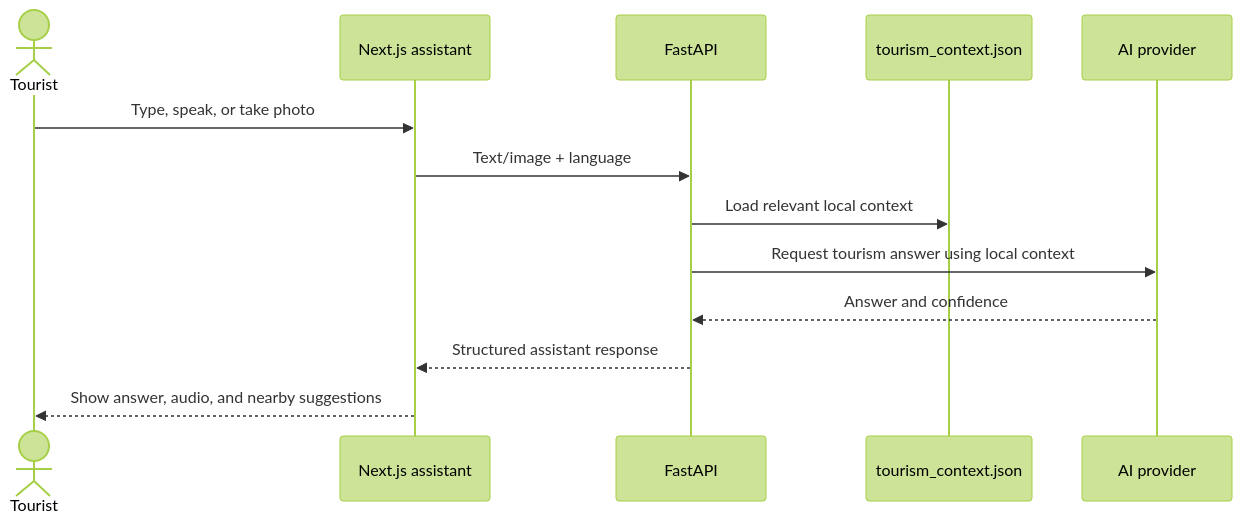
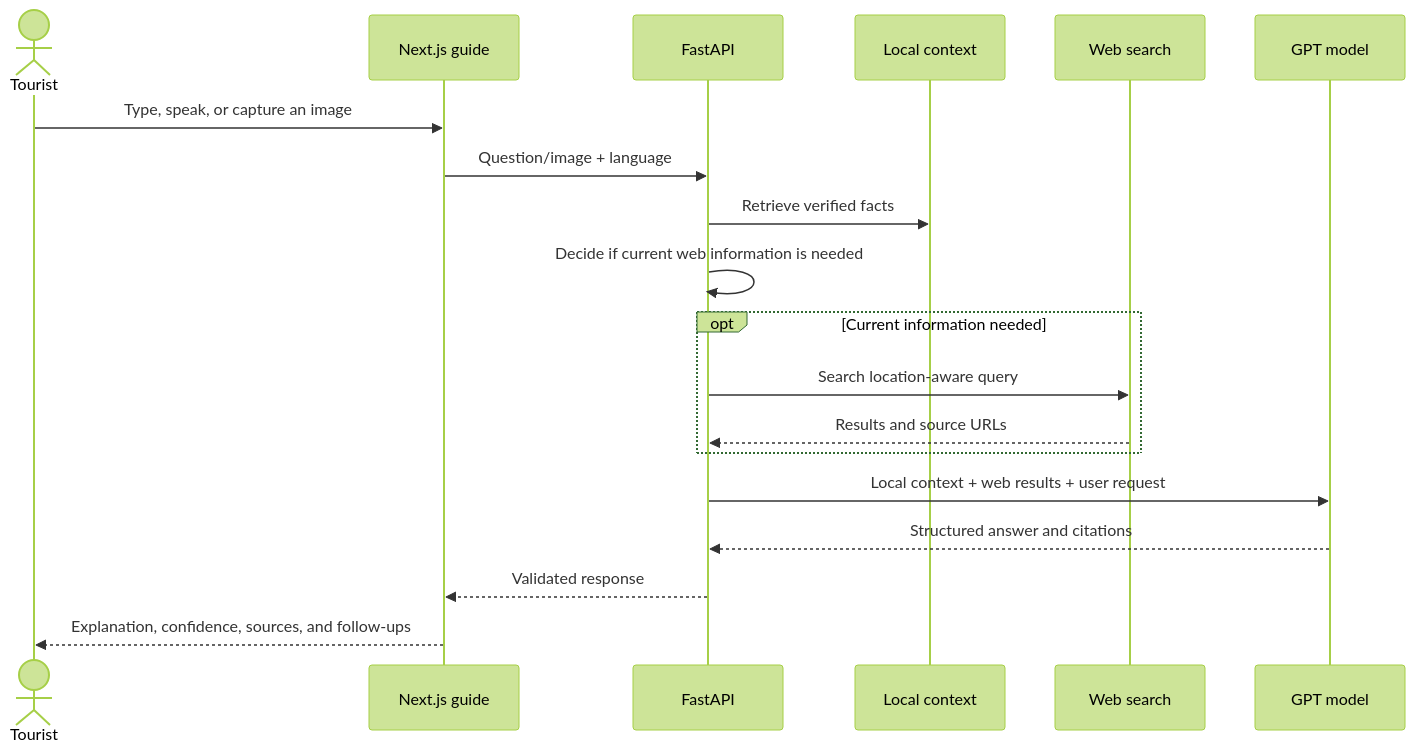
One commit to Saroj00007/yatra_ai changed the second of 3 diagrams in docs/architecture.md. Above: the diagram before and after it, drawn with Mermaid (forest theme). The commit also changed other lines of this file and 35 other files, not shown here.

````diff
--- a/docs/architecture.md
+++ b/docs/architecture.md
@@ -91,16 +116,22 @@
 ```mermaid
 sequenceDiagram
     actor Tourist
-    participant Web as Next.js assistant
+    participant Web as Next.js guide
     participant API as FastAPI
-    participant Data as tourism_context.json
-    participant AI as AI provider
+    participant Local as Local context
+    participant Search as Web search
+    participant GPT as GPT model
 
-    Tourist->>Web: Type, speak, or take photo
-    Web->>API: Text/image + language
-    API->>Data: Load relevant local context
-    API->>AI: Request tourism answer using local context
-    AI-->>API: Answer and confidence
-    API-->>Web: Structured assistant response
-    Web-->>Tourist: Show answer, audio, and nearby suggestions
+    Tourist->>Web: Type, speak, or capture an image
+    Web->>API: Question/image + language
+    API->>Local: Retrieve verified facts
+    API->>API: Decide if current web information is needed
+    opt Current information needed
+        API->>Search: Search location-aware query
+        Search-->>API: Results and source URLs
+    end
+    API->>GPT: Local context + web results + user request
+    GPT-->>API: Structured answer and citations
+    API-->>Web: Validated response
+    Web-->>Tourist: Explanation, confidence, sources, and follow-ups
 ```
````
